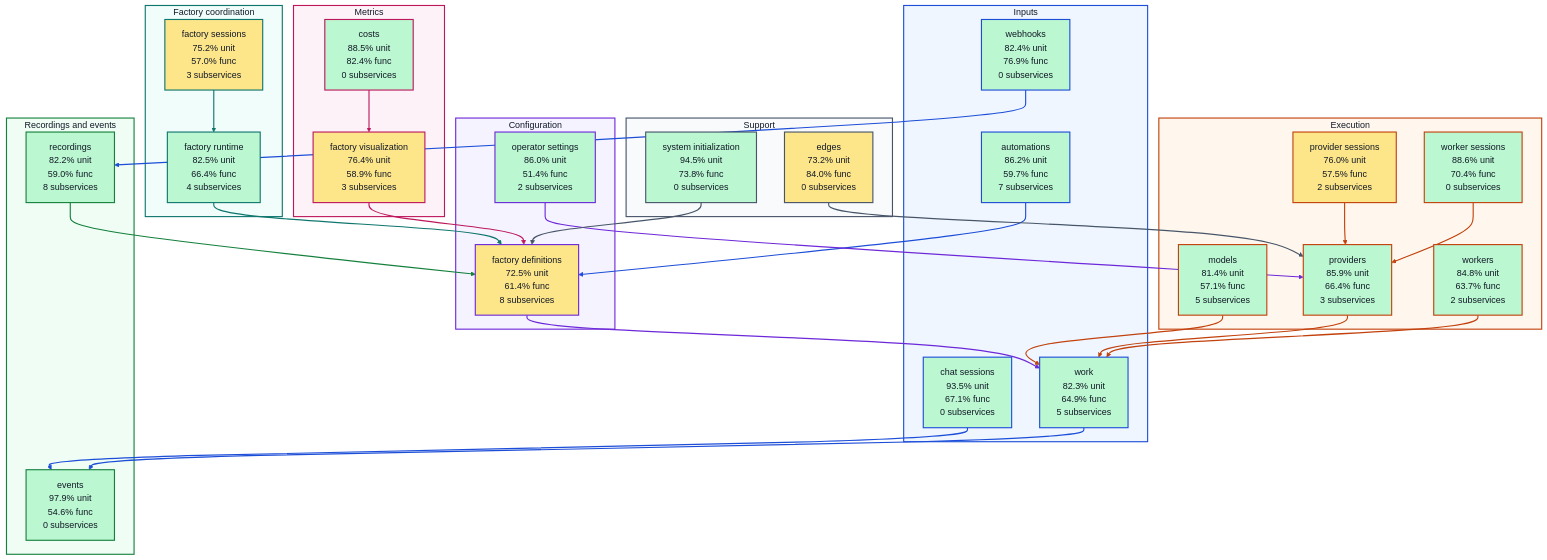
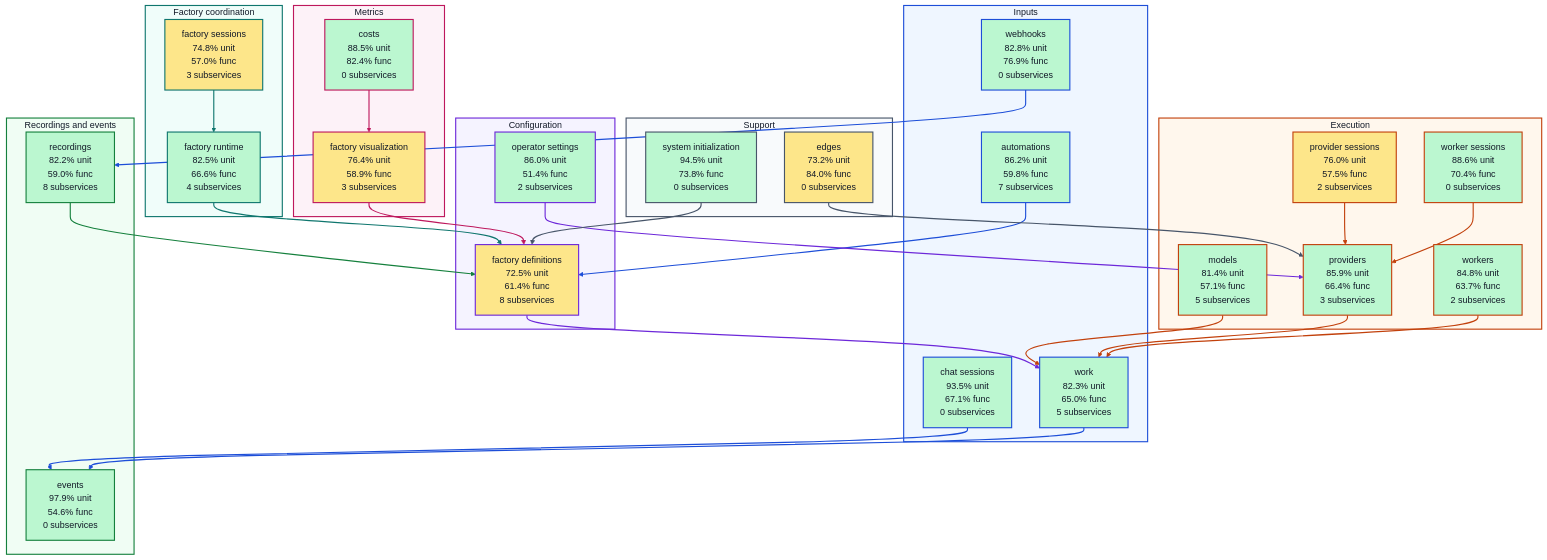
Before and after one commit to portpowered/you-agent-factory: the diagram in docs/architecture/visualizations/high-level-test-coverage.md, drawn with Mermaid (neutral theme). The commit also changed other lines of this file and 20 other files, not shown here.

Commit message:
docs: refresh backend architecture visualizations

````diff
--- a/docs/architecture/visualizations/high-level-test-coverage.md
+++ b/docs/architecture/visualizations/high-level-test-coverage.md
@@ -11,18 +11,18 @@
 ```mermaid
 flowchart TB
   subgraph input["Inputs"]
-    s_services_automations["automations<br/>86.2% unit<br/>59.7% func<br/>7 subservices"]
+    s_services_automations["automations<br/>86.2% unit<br/>59.8% func<br/>7 subservices"]
     s_services_chat_sessions["chat sessions<br/>93.5% unit<br/>67.1% func<br/>0 subservices"]
-    s_services_webhooks["webhooks<br/>82.4% unit<br/>76.9% func<br/>0 subservices"]
-    s_services_work["work<br/>82.3% unit<br/>64.9% func<br/>5 subservices"]
+    s_services_webhooks["webhooks<br/>82.8% unit<br/>76.9% func<br/>0 subservices"]
+    s_services_work["work<br/>82.3% unit<br/>65.0% func<br/>5 subservices"]
   end
   subgraph configuration["Configuration"]
     s_services_factory_definitions["factory definitions<br/>72.5% unit<br/>61.4% func<br/>8 subservices"]
     s_services_operator_settings["operator settings<br/>86.0% unit<br/>51.4% func<br/>2 subservices"]
   end
   subgraph coordination["Factory coordination"]
-    s_services_factory_runtime["factory runtime<br/>82.5% unit<br/>66.4% func<br/>4 subservices"]
-    s_services_factory_sessions["factory sessions<br/>75.2% unit<br/>57.0% func<br/>3 subservices"]
+    s_services_factory_runtime["factory runtime<br/>82.5% unit<br/>66.6% func<br/>4 subservices"]
+    s_services_factory_sessions["factory sessions<br/>74.8% unit<br/>57.0% func<br/>3 subservices"]
   end
   subgraph execution["Execution"]
     s_services_models["models<br/>81.4% unit<br/>57.1% func<br/>5 subservices"]
````
